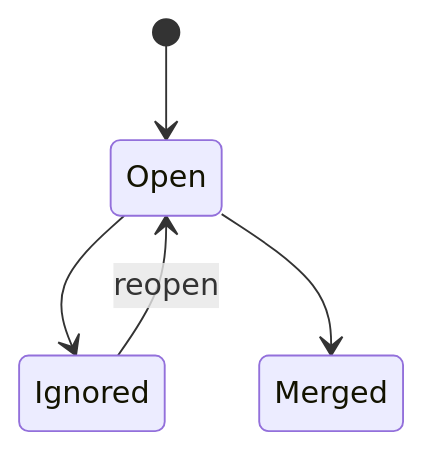
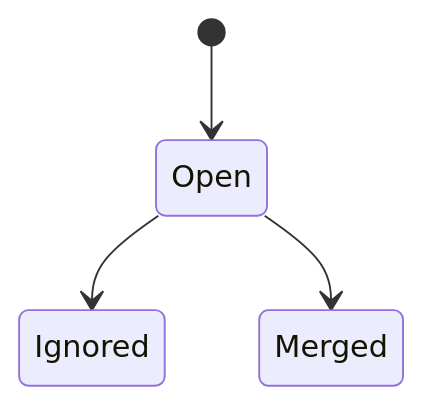
Before and after one commit to nyealovey/breach: the third of 3 diagrams in docs/design/asset-ledger-data-model.md, drawn with Mermaid. The commit also changed other lines of this file and 19 other files, not shown here.

````diff
--- a/docs/design/asset-ledger-data-model.md
+++ b/docs/design/asset-ledger-data-model.md
@@ -452,7 +474,6 @@
 ```mermaid
 stateDiagram-v2
     [*] --> Open
     Open --> Ignored
     Open --> Merged
-    Ignored --> Open : reopen
 ```
````
